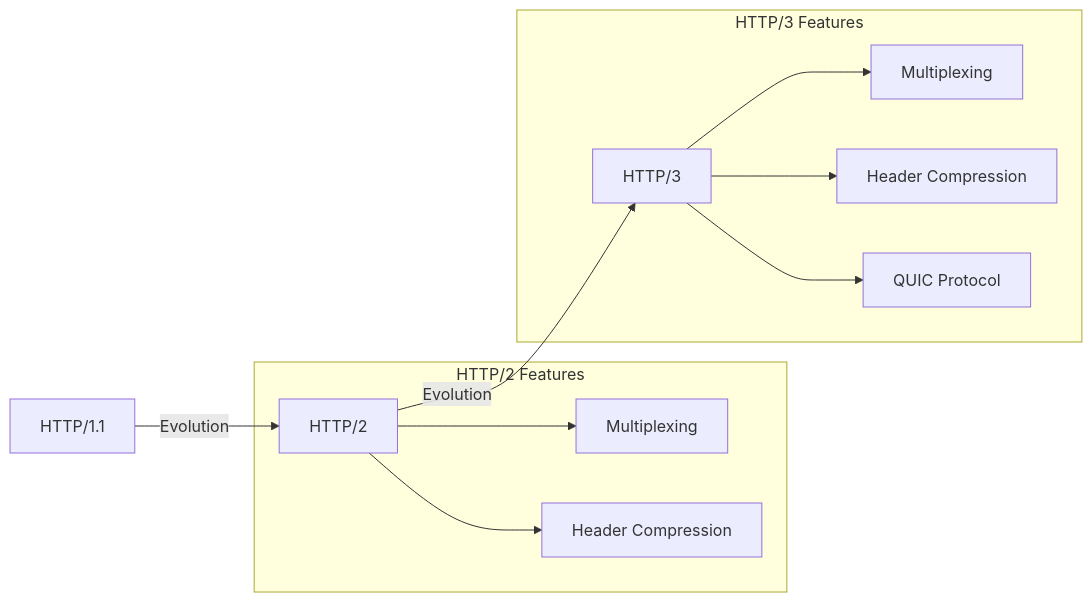
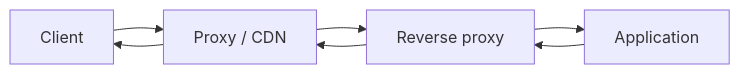
The second of 3 diagrams in cours/HTTP.md (michaellaunay/NotesPubliques), drawn with Mermaid before and after one commit. The commit also changed other lines of this file, not shown here.

````diff
--- a/cours/HTTP.md
+++ b/cours/HTTP.md
@@ -228,19 +156,9 @@
 ```mermaid
 graph LR
-    A[HTTP/1.1] -- Evolution --> B[HTTP/2]
-    B -- Evolution --> C[HTTP/3]
-    subgraph "HTTP/2 Features"
-    D[Multiplexing]
-    E[Header Compression]
-    B --> D
-    B --> E
-    end
-    subgraph "HTTP/3 Features"
-    F[Multiplexing]
-    G[Header Compression]
-    H[QUIC Protocol]
-    C --> F
-    C --> G
-    C --> H
-    end
+    C[Client] --> P[Proxy / CDN]
+    P --> R[Reverse proxy]
+    R --> A[Application]
+    A --> R
+    R --> P
+    P --> C
 ```
````
